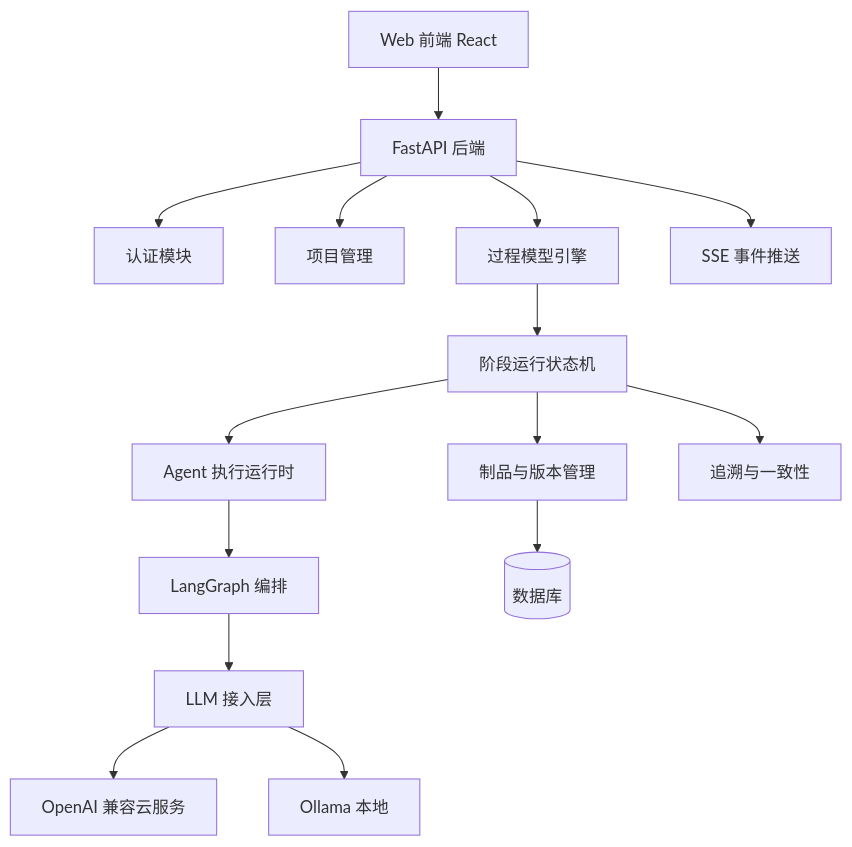
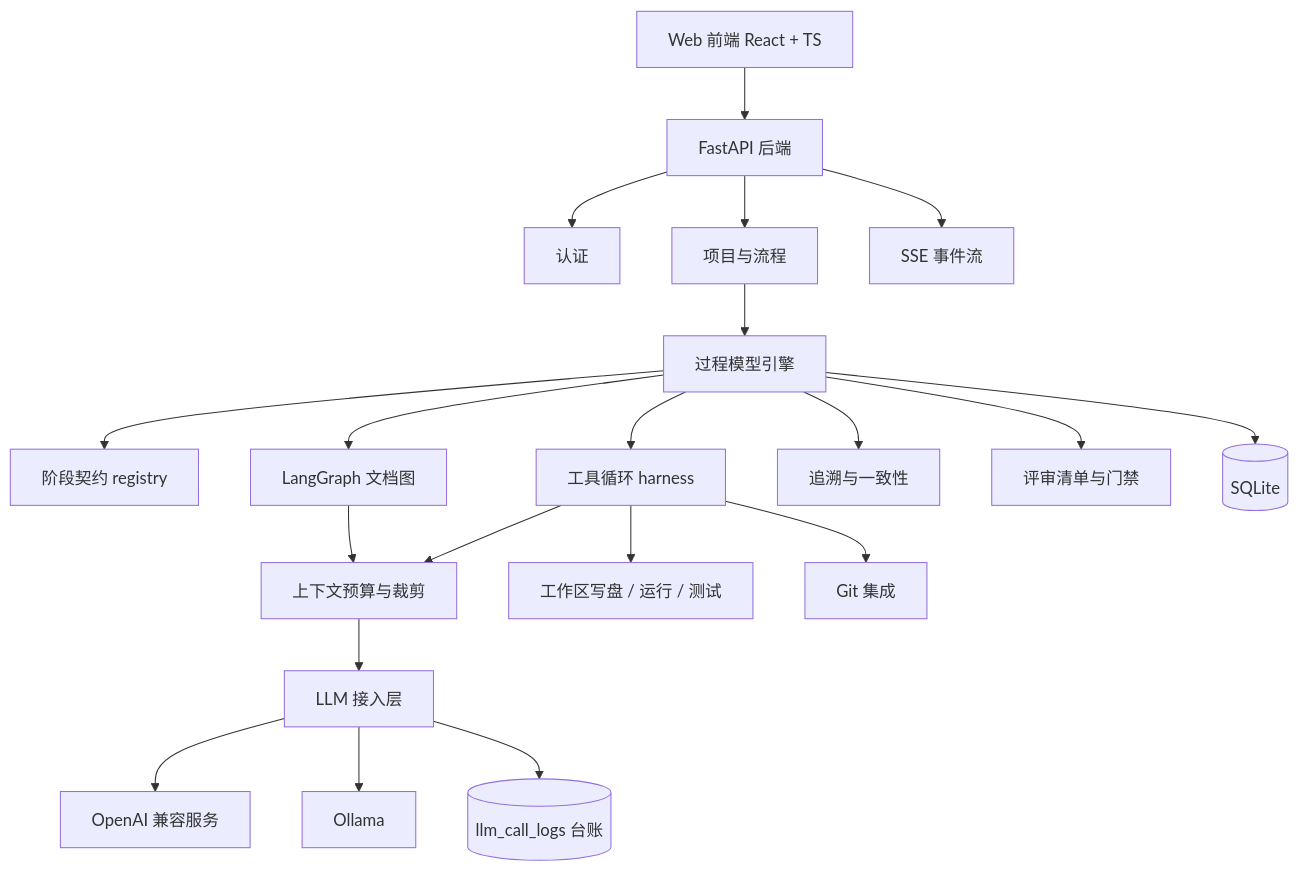
One commit to F2354/SDLC-Agent changed the diagram in 软件生命周期智能协作平台-详细设计.md. Above: the diagram before and after it, drawn with Mermaid. The commit also changed other lines of this file and 2 other files, not shown here.

````diff
--- a/软件生命周期智能协作平台-详细设计.md
+++ b/软件生命周期智能协作平台-详细设计.md
@@ -67,17 +78,22 @@
 ```mermaid
 flowchart TB
-  UI[Web 前端 React] --> API[FastAPI 后端]
-  API --> Auth[认证模块]
-  API --> PM[项目管理]
-  API --> PE[过程模型引擎]
-  PE --> SR[阶段运行状态机]
-  SR --> AR[Agent 执行运行时]
-  AR --> LG[LangGraph 编排]
-  LG --> LL[LLM 接入层]
-  LL --> Cloud[OpenAI 兼容云服务]
-  LL --> Ollama[Ollama 本地]
-  SR --> AM[制品与版本管理]
-  AM --> DB[(数据库)]
-  API --> SSE[SSE 事件推送]
-  SR --> TR[追溯与一致性]
+  UI[Web 前端 React + TS] --> API[FastAPI 后端]
+  API --> AUTH[认证]
+  API --> PROJ[项目与流程]
+  PROJ --> ENGINE[过程模型引擎]
+  ENGINE --> CONTRACT[阶段契约 registry]
+  ENGINE --> GRAPH[LangGraph 文档图]
+  ENGINE --> HARNESS[工具循环 harness]
+  GRAPH --> CTX[上下文预算与裁剪]
+  HARNESS --> CTX
+  CTX --> LLM[LLM 接入层]
+  LLM --> CLOUD[OpenAI 兼容服务]
+  LLM --> OLLAMA[Ollama]
+  LLM --> LOG[(llm_call_logs 台账)]
+  HARNESS --> CODE[工作区写盘 / 运行 / 测试]
+  HARNESS --> GIT[Git 集成]
+  ENGINE --> TRACE[追溯与一致性]
+  ENGINE --> REVIEW[评审清单与门禁]
+  API --> SSE[SSE 事件流]
+  ENGINE --> DB[(SQLite)]
 ```
````
